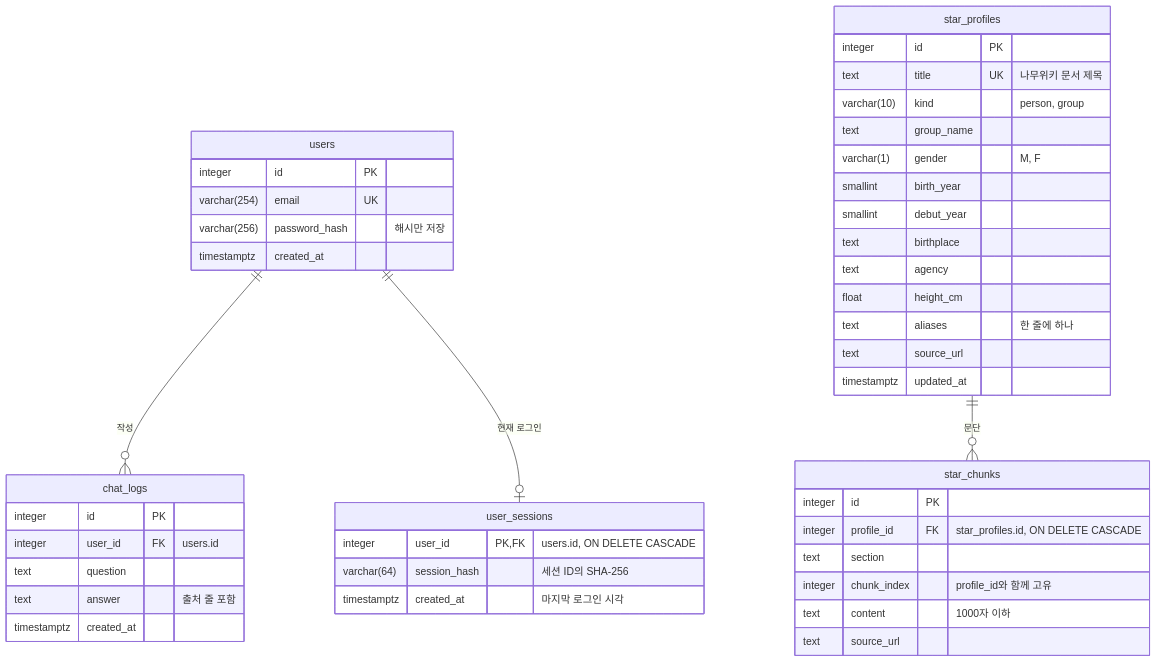
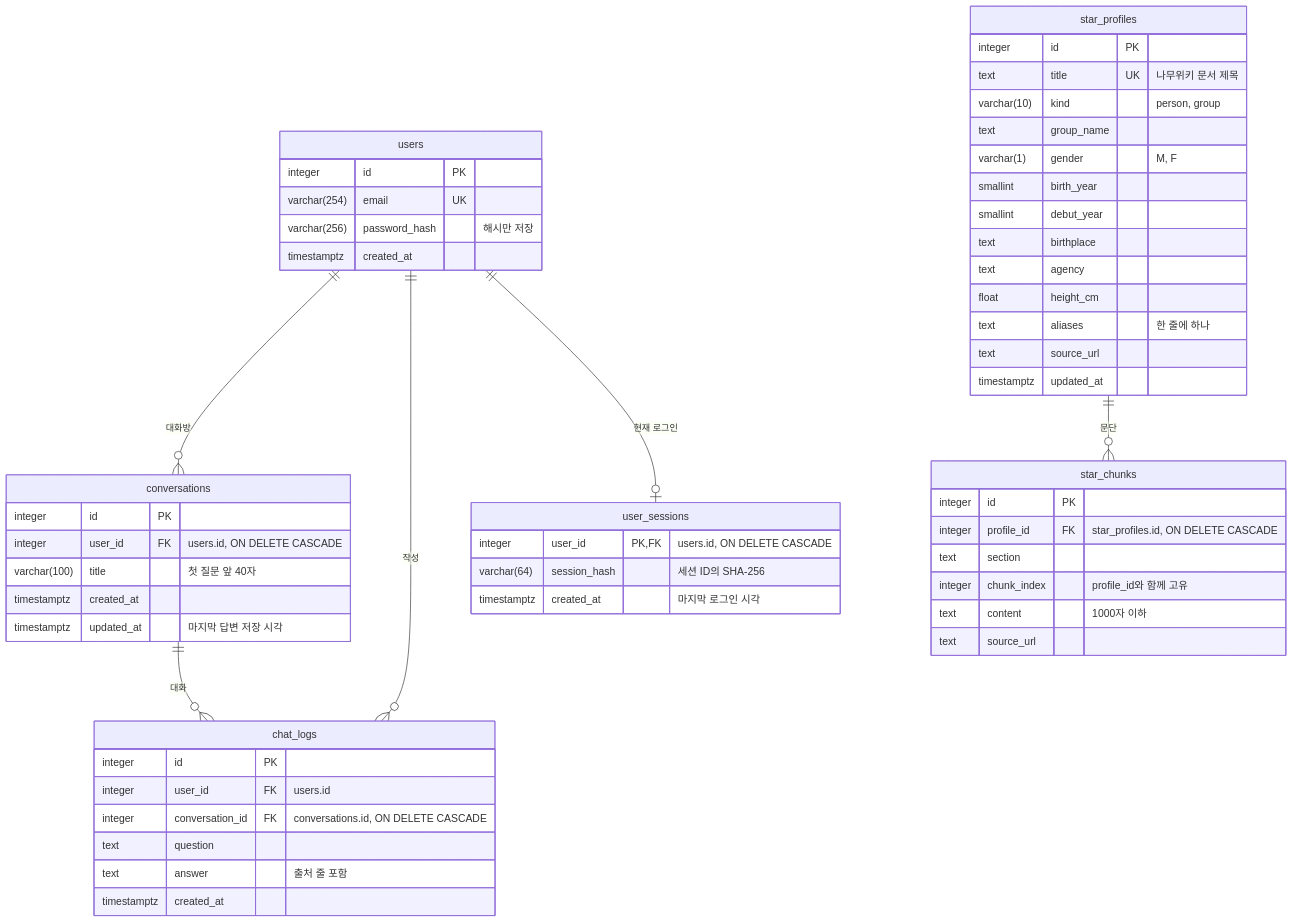
The second of 2 diagrams in README.md (innurhap28/Next-Star-Hunter.bot), drawn with Mermaid before and after one commit. The commit also changed other lines of this file and 4 other files, not shown here.

````diff
--- a/README.md
+++ b/README.md
@@ -133,48 +133,58 @@
 ```mermaid
 erDiagram
+    users ||--o{ conversations : "대화방"
     users ||--o{ chat_logs : "작성"
+    conversations ||--o{ chat_logs : "대화"
     users ||--o| user_sessions : "현재 로그인"
     star_profiles ||--o{ star_chunks : "문단"
 
     users {
         integer id PK
         varchar(254) email UK
         varchar(256) password_hash "해시만 저장"
         timestamptz created_at
     }
     user_sessions {
         integer user_id PK, FK "users.id, ON DELETE CASCADE"
         varchar(64) session_hash "세션 ID의 SHA-256"
         timestamptz created_at "마지막 로그인 시각"
     }
+    conversations {
+        integer id PK
+        integer user_id FK "users.id, ON DELETE CASCADE"
+        varchar(100) title "첫 질문 앞 40자"
+        timestamptz created_at
+        timestamptz updated_at "마지막 답변 저장 시각"
+    }
     chat_logs {
         integer id PK
         integer user_id FK "users.id"
+        integer conversation_id FK "conversations.id, ON DELETE CASCADE"
         text question
         text answer "출처 줄 포함"
         timestamptz created_at
     }
     star_profiles {
         integer id PK
         text title UK "나무위키 문서 제목"
         varchar(10) kind "person, group"
         text group_name
         varchar(1) gender "M, F"
         smallint birth_year
         smallint debut_year
         text birthplace
         text agency
         float height_cm
         text aliases "한 줄에 하나"
         text source_url
         timestamptz updated_at
     }
     star_chunks {
         integer id PK
         integer profile_id FK "star_profiles.id, ON DELETE CASCADE"
         text section
         integer chunk_index "profile_id와 함께 고유"
         text content "1000자 이하"
         text source_url
     }
 ```
````
